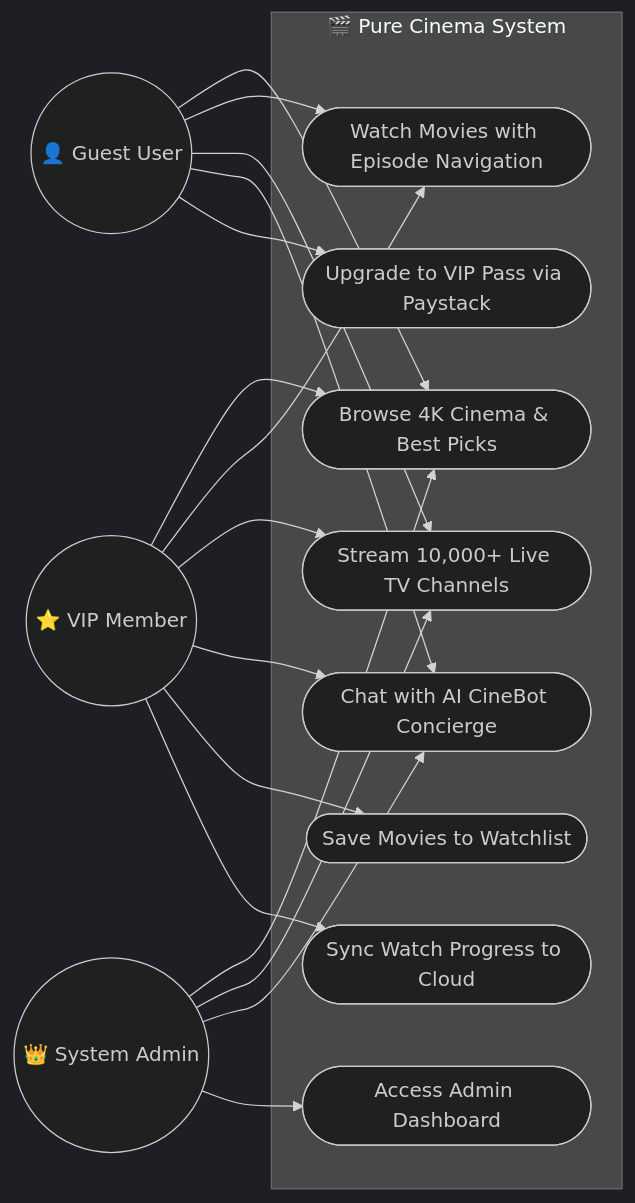
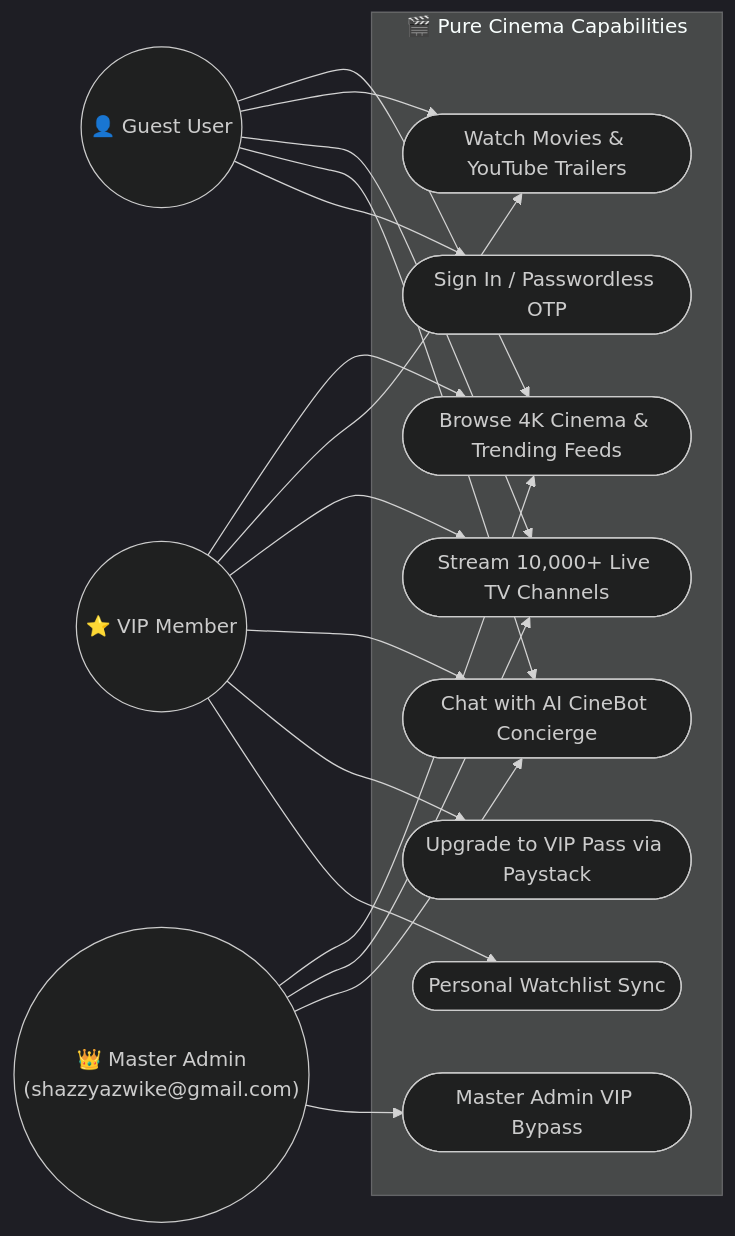
The second of 5 diagrams in README.md (JaimeCabary/Pure-Cinema-Flutter), drawn with Mermaid (dark theme) before and after one commit. The commit also changed other lines of this file and 4 other files, not shown here.

````diff
--- a/README.md
+++ b/README.md
@@ -82,35 +221,35 @@
 ```mermaid
 graph LR
     actorGuest(("👤 Guest User"))
-    actorVIP(("⭐ VIP Member"))
-    actorAdmin(("👑 System Admin"))
+    actorMember(("⭐ VIP Member"))
+    actorAdmin(("👑 Master Admin<br/>(shazzyazwike@gmail.com)"))
 
-    subgraph PureCinemaSystem ["🎬 Pure Cinema System"]
-        UC1(["Browse 4K Cinema & Best Picks"])
-        UC2(["Watch Movies with Episode Navigation"])
+    subgraph PureCinemaSystem ["🎬 Pure Cinema Capabilities"]
+        UC1(["Browse 4K Cinema & Trending Feeds"])
+        UC2(["Watch Movies & YouTube Trailers"])
         UC3(["Stream 10,000+ Live TV Channels"])
         UC4(["Chat with AI CineBot Concierge"])
-        UC5(["Save Movies to Watchlist"])
+        UC5(["Sign In / Passwordless OTP"])
         UC6(["Upgrade to VIP Pass via Paystack"])
-        UC7(["Sync Watch Progress to Cloud"])
-        UC8(["Access Admin Dashboard"])
+        UC7(["Personal Watchlist Sync"])
+        UC8(["Master Admin VIP Bypass"])
     end
 
     actorGuest --> UC1
     actorGuest --> UC2
     actorGuest --> UC3
     actorGuest --> UC4
-    actorGuest --> UC6
+    actorGuest --> UC5
 
-    actorVIP --> UC1
-    actorVIP --> UC2
-    actorVIP --> UC3
-    actorVIP --> UC4
-    actorVIP --> UC5
-    actorVIP --> UC7
+    actorMember --> UC1
+    actorMember --> UC2
+    actorMember --> UC3
+    actorMember --> UC4
+    actorMember --> UC6
+    actorMember --> UC7
 
     actorAdmin --> UC1
     actorAdmin --> UC3
     actorAdmin --> UC4
     actorAdmin --> UC8
 ```
````
